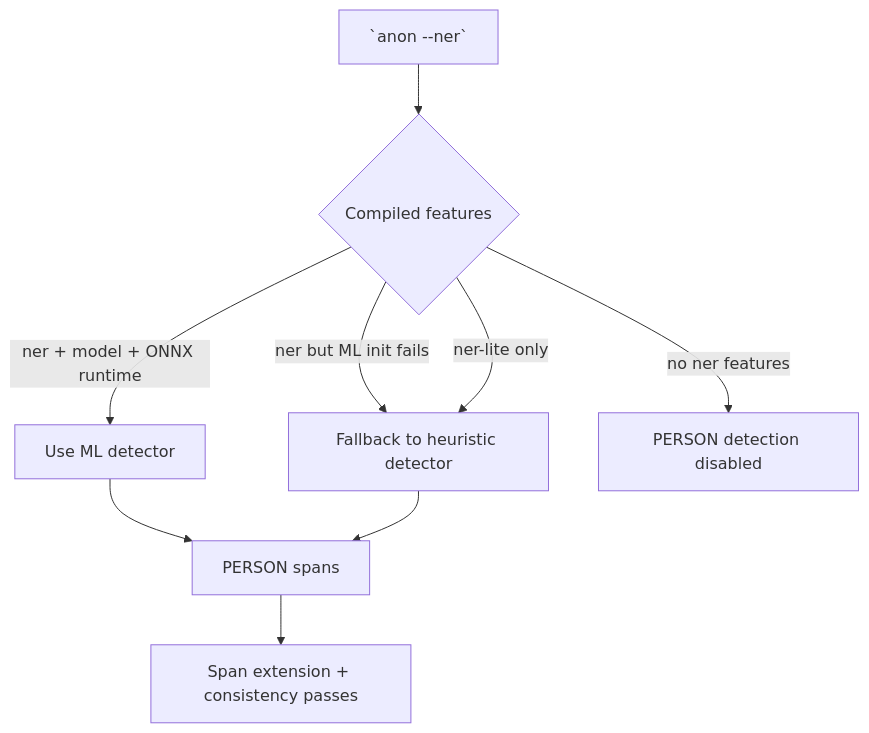
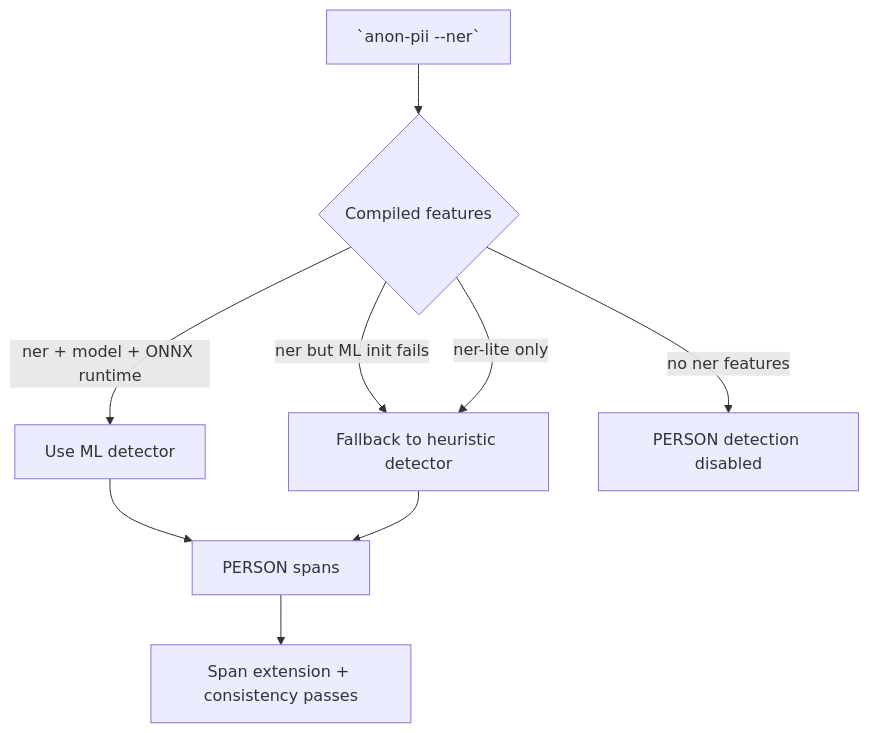
The first of 2 diagrams in docs/ner.md (tcheuD/anon-pii), drawn with Mermaid before and after one commit. The commit also changed other lines of this file and 16 other files, not shown here.

````diff
--- a/docs/ner.md
+++ b/docs/ner.md
@@ -9,11 +9,11 @@
 ```mermaid
 flowchart TD
-    A[`anon --ner`] --> B{Compiled features}
+    A[`anon-pii --ner`] --> B{Compiled features}
     B -->|ner + model + ONNX runtime| C[Use ML detector]
     B -->|ner but ML init fails| D[Fallback to heuristic detector]
     B -->|ner-lite only| D
     B -->|no ner features| E[PERSON detection disabled]
     C --> F[PERSON spans]
     D --> F
     F --> G[Span extension + consistency passes]
 ```
````
